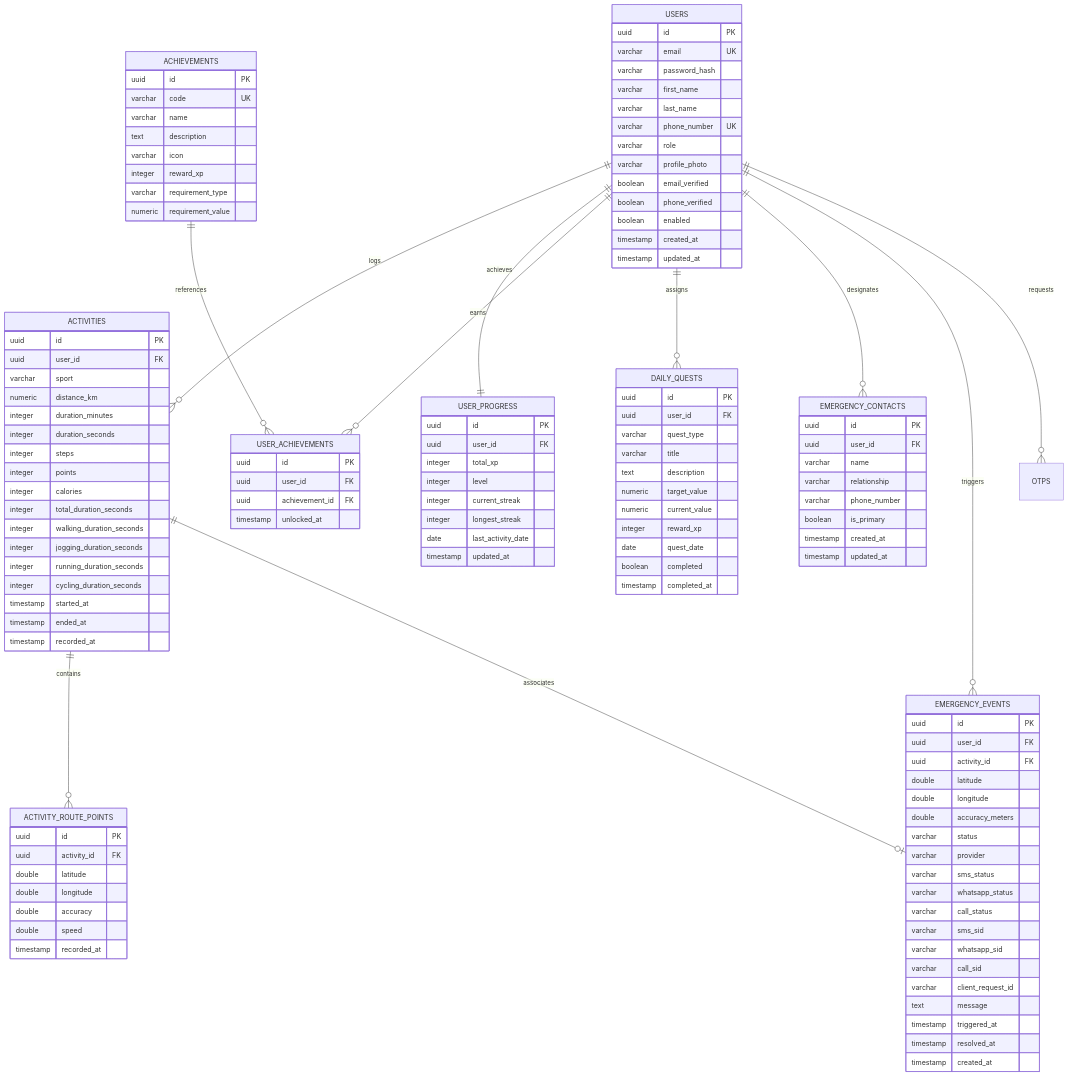
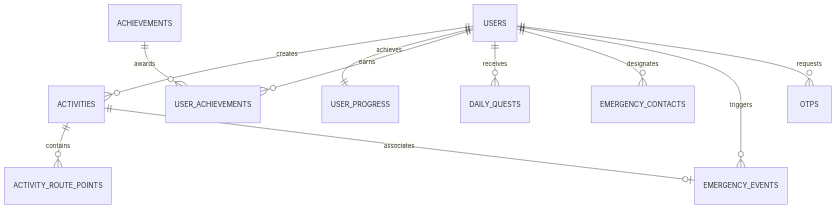
The fourth of 4 diagrams in DESIGN.md (shxam69/StrideMate), drawn with Mermaid before and after one commit. The commit also changed other lines of this file and 1 other file, not shown here.

````diff
--- a/DESIGN.md
+++ b/DESIGN.md
@@ -223,135 +283,13 @@
 ```mermaid
 erDiagram
-    USERS ||--o{ ACTIVITIES : logs
+    USERS ||--o{ ACTIVITIES : creates
     USERS ||--|| USER_PROGRESS : achieves
     USERS ||--o{ USER_ACHIEVEMENTS : earns
-    USERS ||--o{ DAILY_QUESTS : assigns
+    USERS ||--o{ DAILY_QUESTS : receives
     USERS ||--o{ EMERGENCY_CONTACTS : designates
     USERS ||--o{ EMERGENCY_EVENTS : triggers
     USERS ||--o{ OTPS : requests
     ACTIVITIES ||--o{ ACTIVITY_ROUTE_POINTS : contains
     ACTIVITIES ||--o| EMERGENCY_EVENTS : associates
-    ACHIEVEMENTS ||--o{ USER_ACHIEVEMENTS : references
-
-    USERS {
-        uuid id PK
-        varchar email UK
-        varchar password_hash
-        varchar first_name
-        varchar last_name
-        varchar phone_number UK
-        varchar role
-        varchar profile_photo
-        boolean email_verified
-        boolean phone_verified
-        boolean enabled
-        timestamp created_at
-        timestamp updated_at
-    }
-
-    ACTIVITIES {
-        uuid id PK
-        uuid user_id FK
-        varchar sport
-        numeric distance_km
-        integer duration_minutes
-        integer duration_seconds
-        integer steps
-        integer points
-        integer calories
-        integer total_duration_seconds
-        integer walking_duration_seconds
-        integer jogging_duration_seconds
-        integer running_duration_seconds
-        integer cycling_duration_seconds
-        timestamp started_at
-        timestamp ended_at
-        timestamp recorded_at
-    }
-
-    ACTIVITY_ROUTE_POINTS {
-        uuid id PK
-        uuid activity_id FK
-        double latitude
-        double longitude
-        double accuracy
-        double speed
-        timestamp recorded_at
-    }
-
-    USER_PROGRESS {
-        uuid id PK
-        uuid user_id FK
-        integer total_xp
-        integer level
-        integer current_streak
-        integer longest_streak
-        date last_activity_date
-        timestamp updated_at
-    }
-
-    ACHIEVEMENTS {
-        uuid id PK
-        varchar code UK
-        varchar name
-        text description
-        varchar icon
-        integer reward_xp
-        varchar requirement_type
-        numeric requirement_value
-    }
-
-    USER_ACHIEVEMENTS {
-        uuid id PK
-        uuid user_id FK
-        uuid achievement_id FK
-        timestamp unlocked_at
-    }
-
-    DAILY_QUESTS {
-        uuid id PK
-        uuid user_id FK
-        varchar quest_type
-        varchar title
-        text description
-        numeric target_value
-        numeric current_value
-        integer reward_xp
-        date quest_date
-        boolean completed
-        timestamp completed_at
-    }
-
-    EMERGENCY_CONTACTS {
-        uuid id PK
-        uuid user_id FK
-        varchar name
-        varchar relationship
-        varchar phone_number
-        boolean is_primary
-        timestamp created_at
-        timestamp updated_at
-    }
-
-    EMERGENCY_EVENTS {
-        uuid id PK
-        uuid user_id FK
-        uuid activity_id FK
-        double latitude
-        double longitude
-        double accuracy_meters
-        varchar status
-        varchar provider
-        varchar sms_status
-        varchar whatsapp_status
-        varchar call_status
-        varchar sms_sid
-        varchar whatsapp_sid
-        varchar call_sid
-        varchar client_request_id
-        text message
-        timestamp triggered_at
-        timestamp resolved_at
-        timestamp created_at
-    }
+    ACHIEVEMENTS ||--o{ USER_ACHIEVEMENTS : awards
 ```
````
